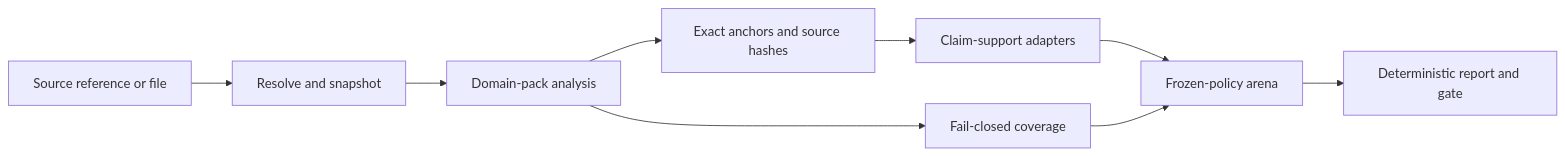
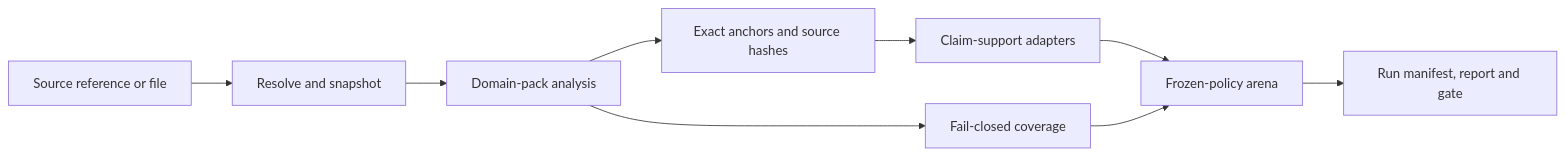
The diagram in README.md (b1rdmania/groundnut), drawn with Mermaid before and after one commit. The commit also changed other lines of this file and 5 other files, not shown here.

Commit message:
add canonical run provenance manifest

````diff
--- a/README.md
+++ b/README.md
@@ -32,11 +32,11 @@
 ```mermaid
 flowchart LR
     A["Source reference or file"] --> B["Resolve and snapshot"]
     B --> C["Domain-pack analysis"]
     C --> D["Exact anchors and source hashes"]
     D --> E["Claim-support adapters"]
     C --> F["Fail-closed coverage"]
     E --> G["Frozen-policy arena"]
     F --> G
-    G --> H["Deterministic report and gate"]
+    G --> H["Run manifest, report and gate"]
 ```
````
